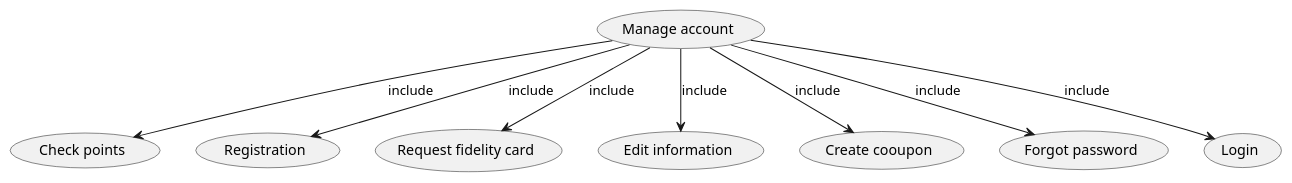
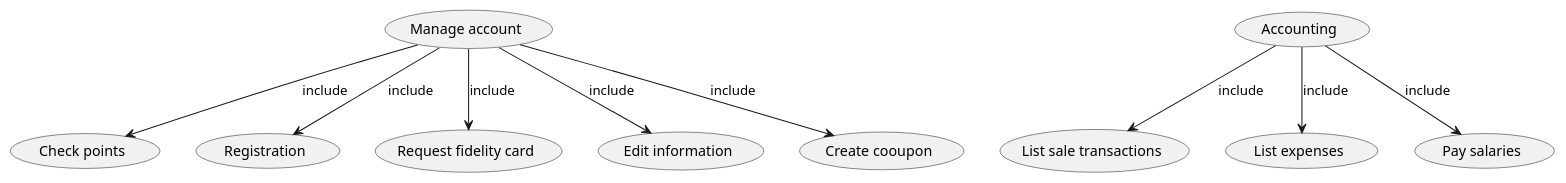
Before and after one commit to nicolabattaglino/ezshop: the third of 6 diagrams in Deliverables/RequirementsDocument.md, drawn with PlantUML. The commit also changed other lines of this file, not shown here.

````diff
--- a/Deliverables/RequirementsDocument.md
+++ b/Deliverables/RequirementsDocument.md
@@ -271,20 +252,24 @@
 ```plantuml
 @startuml
+
 "Manage account" as (manageAccount)
 "Check points" as (checkPoints)
 "Registration" as (registration)
 "Request fidelity card" as (request)
 "Edit information" as (edit)
 "Create cooupon" as (coupon)
-"Forgot password" as (forgotPassword)
-"Login" as (login)
+"Accounting" as (acoounting)
+"List sale transactions" as (listSale)
+"List expenses" as (listExpenses)
+"Pay salaries" as (paySalaries)
 (manageAccount)-->(checkPoints):include
 (manageAccount)-->(registration):include
 (manageAccount)-->(request):include
 (manageAccount)-->(edit):include
 (manageAccount)-->(coupon):include
-(manageAccount)-->(forgotPassword):include
-(manageAccount)-->(login):include
+(acoounting)-->(listSale):include
+(acoounting)-->(listExpenses):include
+(acoounting)-->(paySalaries):include
 @enduml
 
 ```
````
